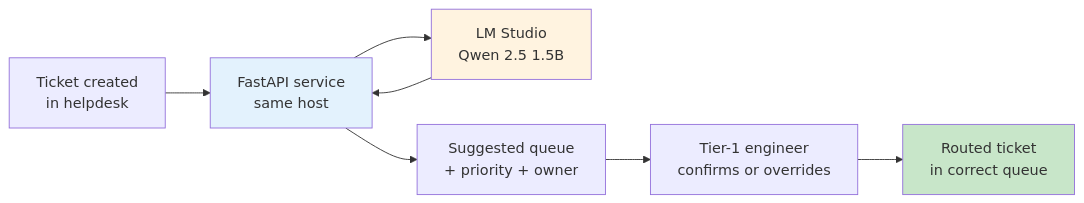
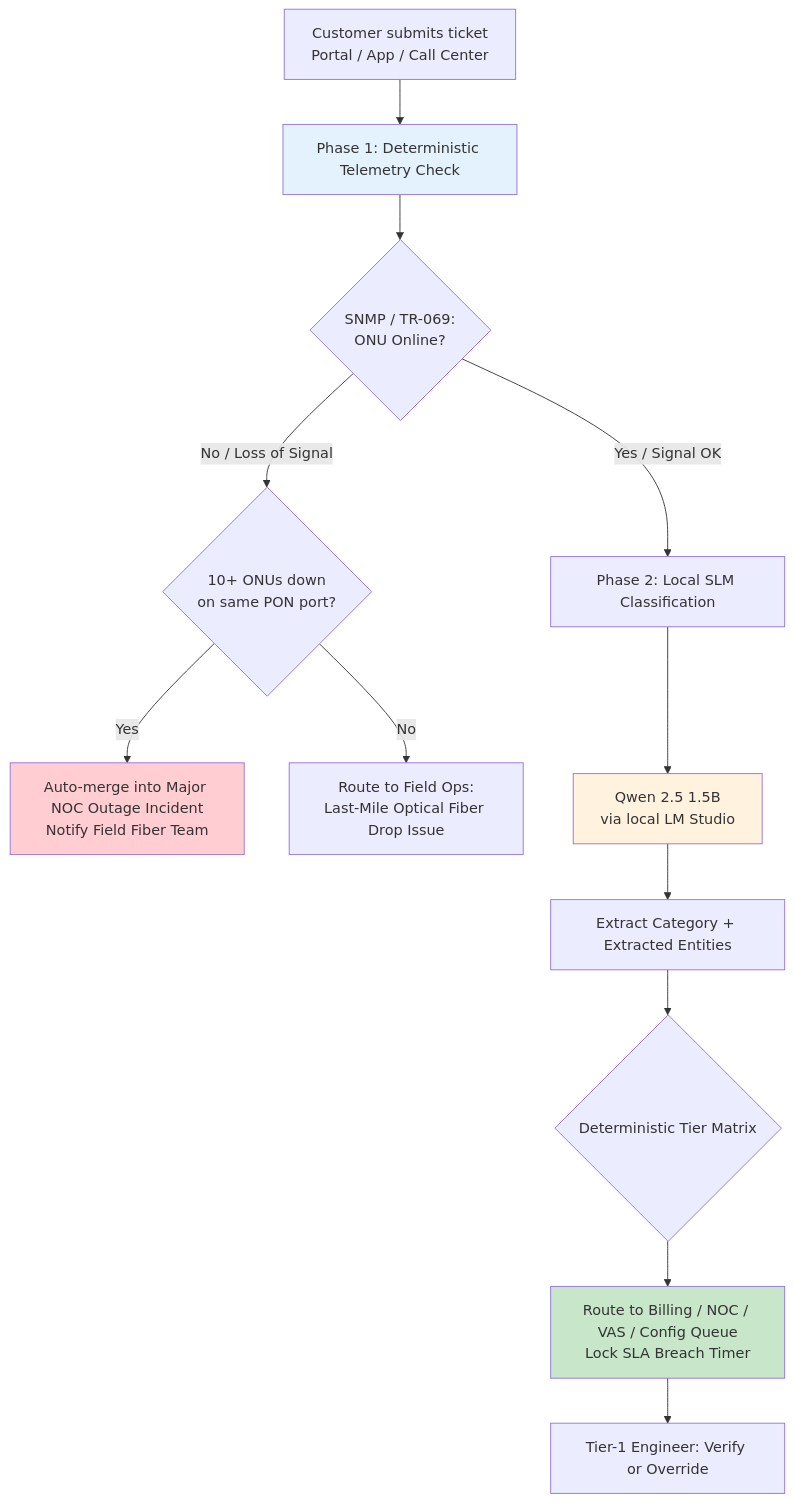
The diagram in docs/case-studies/isp-support.md (aiwithr/ai_llm), drawn with Mermaid before and after one commit. The commit also changed other lines of this file and 27 other files, not shown here.

````diff
--- a/docs/case-studies/isp-support.md
+++ b/docs/case-studies/isp-support.md
@@ -38,12 +31,21 @@
 ```mermaid
-flowchart LR
-    T[Ticket created<br/>in helpdesk] --> S[FastAPI service<br/>same host]
-    S --> L[LM Studio<br/>Qwen 2.5 1.5B]
-    L --> S
-    S --> Q[Suggested queue<br/>+ priority + owner]
-    Q --> H[Tier-1 engineer<br/>confirms or overrides]
-    H --> R[Routed ticket<br/>in correct queue]
-    style S fill:#e3f2fd
-    style L fill:#fff3e0
-    style R fill:#c8e6c9
+flowchart TD
+    T[Customer submits ticket<br/>Portal / App / Call Center] --> P1[Phase 1: Deterministic Telemetry Check]
+    P1 --> OLT{SNMP / TR-069:<br/>ONU Online?}
+    
+    OLT -- No / Loss of Signal --> CLUST{10+ ONUs down<br/>on same PON port?}
+    CLUST -- Yes --> NOC[Auto-merge into Major NOC Outage Incident<br/>Notify Field Fiber Team]
+    CLUST -- No --> FOPS[Route to Field Ops:<br/>Last-Mile Optical Fiber Drop Issue]
+    
+    OLT -- Yes / Signal OK --> P2[Phase 2: Local SLM Classification]
+    P2 --> QWEN[Qwen 2.5 1.5B<br/>via local LM Studio]
+    QWEN --> PRED[Extract Category + Extracted Entities]
+    PRED --> MAT{Deterministic Tier Matrix}
+    MAT --> ROUTE[Route to Billing / NOC / VAS / Config Queue<br/>Lock SLA Breach Timer]
+    ROUTE --> H[Tier-1 Engineer: Verify or Override]
+
+    style P1 fill:#e3f2fd
+    style QWEN fill:#fff3e0
+    style NOC fill:#ffcdd2
+    style ROUTE fill:#c8e6c9
 ```
````
